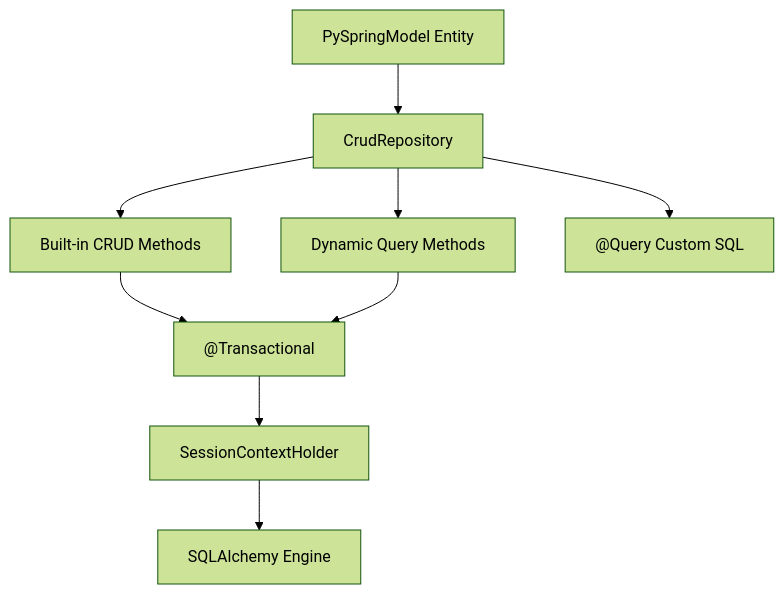
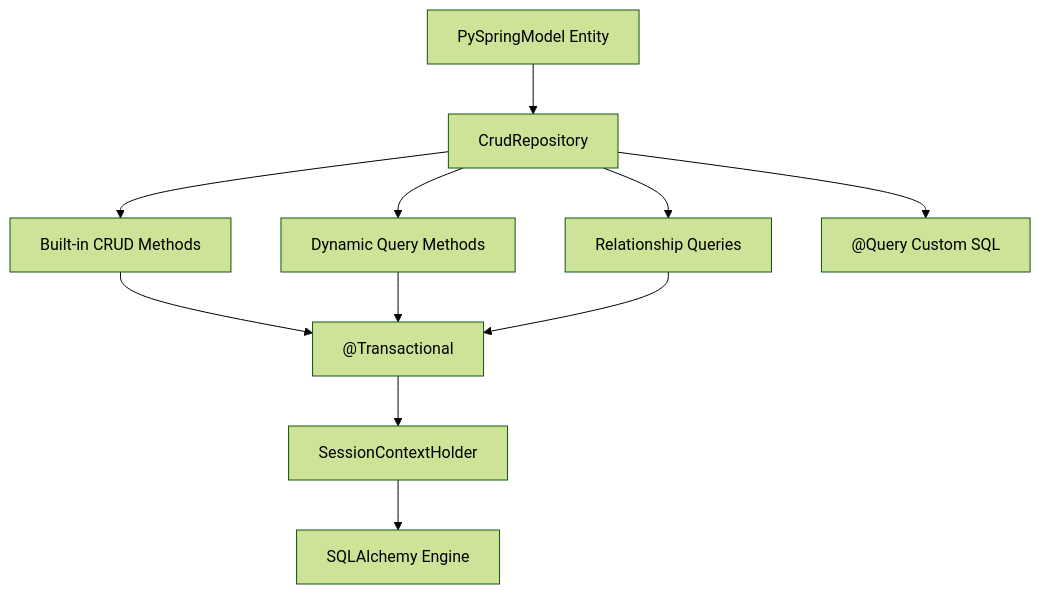
Before and after one commit to PythonSpring/pyspring-docs: the diagram in docs/modules/model/index.md, drawn with Mermaid (forest theme). The commit also changed other lines of this file and 5 other files, not shown here.

Commit message:
docs: Enhance documentation with new relationship queries section and update related content

````diff
--- a/docs/modules/model/index.md
+++ b/docs/modules/model/index.md
@@ -28,11 +29,13 @@
 ```mermaid
 graph TD
     A[PySpringModel Entity] --> B[CrudRepository]
     B --> C[Built-in CRUD Methods]
     B --> D[Dynamic Query Methods]
+    B --> D2[Relationship Queries]
     B --> E["@Query Custom SQL"]
     C --> F["@Transactional"]
     D --> F
+    D2 --> F
     F --> G[SessionContextHolder]
     G --> H[SQLAlchemy Engine]
 ```
````
